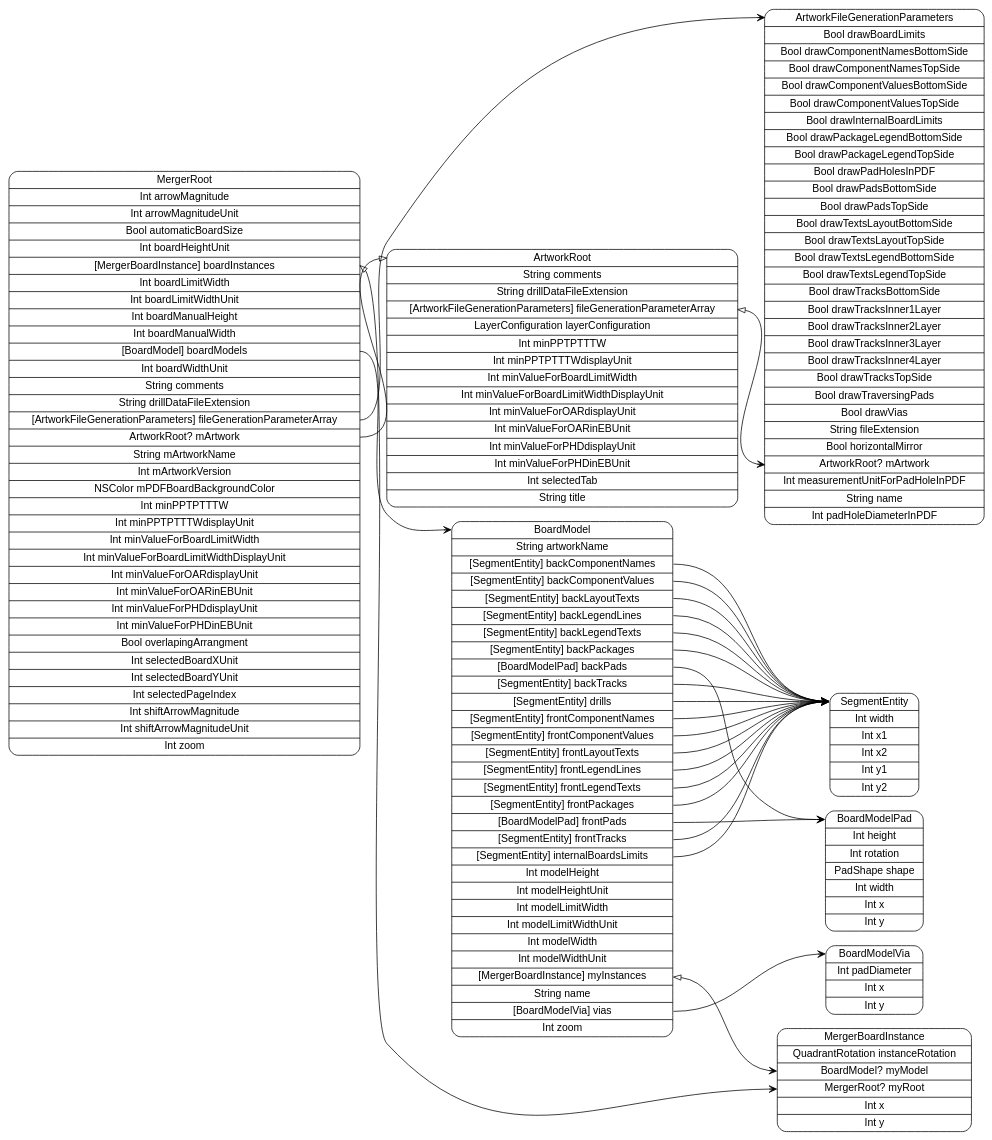
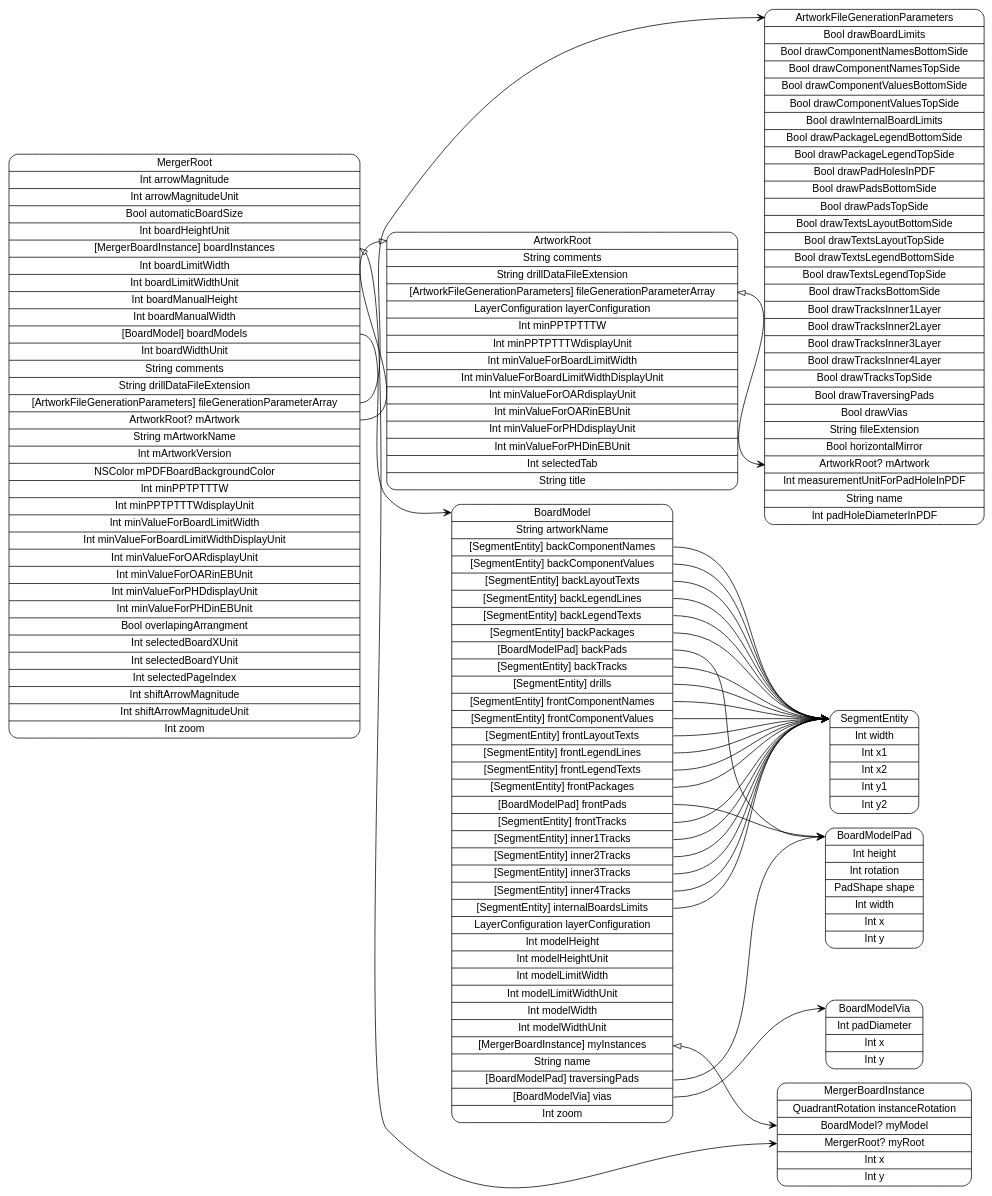
Before and after one commit to pierremolinaro/ElCanari-dev: the diagram in models/MergerRoot.dot, drawn with Graphviz. The commit also changed 26 other files, not shown here.

Commit message:
Début layout 2, 4, 6 dans merger

```diff
--- a/models/MergerRoot.dot
+++ b/models/MergerRoot.dot
@@ -1,37 +1,42 @@
 digraph G {
   rankdir=LR ;
   node [shape=record fontname=helvetica style=rounded] ;
   MergerRoot[label="<MergerRoot>MergerRoot|Int arrowMagnitude|Int arrowMagnitudeUnit|Bool automaticBoardSize|Int boardHeightUnit|<boardInstances>[MergerBoardInstance] boardInstances|Int boardLimitWidth|Int boardLimitWidthUnit|Int boardManualHeight|Int boardManualWidth|<boardModels>[BoardModel] boardModels|Int boardWidthUnit|String comments|String drillDataFileExtension|<fileGenerationParameterArray>[ArtworkFileGenerationParameters] fileGenerationParameterArray|<mArtwork>ArtworkRoot? mArtwork|String mArtworkName|Int mArtworkVersion|NSColor mPDFBoardBackgroundColor|Int minPPTPTTTW|Int minPPTPTTTWdisplayUnit|Int minValueForBoardLimitWidth|Int minValueForBoardLimitWidthDisplayUnit|Int minValueForOARdisplayUnit|Int minValueForOARinEBUnit|Int minValueForPHDdisplayUnit|Int minValueForPHDinEBUnit|Bool overlapingArrangment|Int selectedBoardXUnit|Int selectedBoardYUnit|Int selectedPageIndex|Int shiftArrowMagnitude|Int shiftArrowMagnitudeUnit|Int zoom"] ;
   ArtworkRoot[label="<ArtworkRoot>ArtworkRoot|String comments|String drillDataFileExtension|<fileGenerationParameterArray>[ArtworkFileGenerationParameters] fileGenerationParameterArray|LayerConfiguration layerConfiguration|Int minPPTPTTTW|Int minPPTPTTTWdisplayUnit|Int minValueForBoardLimitWidth|Int minValueForBoardLimitWidthDisplayUnit|Int minValueForOARdisplayUnit|Int minValueForOARinEBUnit|Int minValueForPHDdisplayUnit|Int minValueForPHDinEBUnit|Int selectedTab|String title"] ;
   ArtworkFileGenerationParameters[label="<ArtworkFileGenerationParameters>ArtworkFileGenerationParameters|Bool drawBoardLimits|Bool drawComponentNamesBottomSide|Bool drawComponentNamesTopSide|Bool drawComponentValuesBottomSide|Bool drawComponentValuesTopSide|Bool drawInternalBoardLimits|Bool drawPackageLegendBottomSide|Bool drawPackageLegendTopSide|Bool drawPadHolesInPDF|Bool drawPadsBottomSide|Bool drawPadsTopSide|Bool drawTextsLayoutBottomSide|Bool drawTextsLayoutTopSide|Bool drawTextsLegendBottomSide|Bool drawTextsLegendTopSide|Bool drawTracksBottomSide|Bool drawTracksInner1Layer|Bool drawTracksInner2Layer|Bool drawTracksInner3Layer|Bool drawTracksInner4Layer|Bool drawTracksTopSide|Bool drawTraversingPads|Bool drawVias|String fileExtension|Bool horizontalMirror|<mArtwork>ArtworkRoot? mArtwork|Int measurementUnitForPadHoleInPDF|String name|Int padHoleDiameterInPDF"] ;
-  BoardModel[label="<BoardModel>BoardModel|String artworkName|<backComponentNames>[SegmentEntity] backComponentNames|<backComponentValues>[SegmentEntity] backComponentValues|<backLayoutTexts>[SegmentEntity] backLayoutTexts|<backLegendLines>[SegmentEntity] backLegendLines|<backLegendTexts>[SegmentEntity] backLegendTexts|<backPackages>[SegmentEntity] backPackages|<backPads>[BoardModelPad] backPads|<backTracks>[SegmentEntity] backTracks|<drills>[SegmentEntity] drills|<frontComponentNames>[SegmentEntity] frontComponentNames|<frontComponentValues>[SegmentEntity] frontComponentValues|<frontLayoutTexts>[SegmentEntity] frontLayoutTexts|<frontLegendLines>[SegmentEntity] frontLegendLines|<frontLegendTexts>[SegmentEntity] frontLegendTexts|<frontPackages>[SegmentEntity] frontPackages|<frontPads>[BoardModelPad] frontPads|<frontTracks>[SegmentEntity] frontTracks|<internalBoardsLimits>[SegmentEntity] internalBoardsLimits|Int modelHeight|Int modelHeightUnit|Int modelLimitWidth|Int modelLimitWidthUnit|Int modelWidth|Int modelWidthUnit|<myInstances>[MergerBoardInstance] myInstances|String name|<vias>[BoardModelVia] vias|Int zoom"] ;
+  BoardModel[label="<BoardModel>BoardModel|String artworkName|<backComponentNames>[SegmentEntity] backComponentNames|<backComponentValues>[SegmentEntity] backComponentValues|<backLayoutTexts>[SegmentEntity] backLayoutTexts|<backLegendLines>[SegmentEntity] backLegendLines|<backLegendTexts>[SegmentEntity] backLegendTexts|<backPackages>[SegmentEntity] backPackages|<backPads>[BoardModelPad] backPads|<backTracks>[SegmentEntity] backTracks|<drills>[SegmentEntity] drills|<frontComponentNames>[SegmentEntity] frontComponentNames|<frontComponentValues>[SegmentEntity] frontComponentValues|<frontLayoutTexts>[SegmentEntity] frontLayoutTexts|<frontLegendLines>[SegmentEntity] frontLegendLines|<frontLegendTexts>[SegmentEntity] frontLegendTexts|<frontPackages>[SegmentEntity] frontPackages|<frontPads>[BoardModelPad] frontPads|<frontTracks>[SegmentEntity] frontTracks|<inner1Tracks>[SegmentEntity] inner1Tracks|<inner2Tracks>[SegmentEntity] inner2Tracks|<inner3Tracks>[SegmentEntity] inner3Tracks|<inner4Tracks>[SegmentEntity] inner4Tracks|<internalBoardsLimits>[SegmentEntity] internalBoardsLimits|LayerConfiguration layerConfiguration|Int modelHeight|Int modelHeightUnit|Int modelLimitWidth|Int modelLimitWidthUnit|Int modelWidth|Int modelWidthUnit|<myInstances>[MergerBoardInstance] myInstances|String name|<traversingPads>[BoardModelPad] traversingPads|<vias>[BoardModelVia] vias|Int zoom"] ;
   BoardModelVia[label="<BoardModelVia>BoardModelVia|Int padDiameter|Int x|Int y"] ;
   BoardModelPad[label="<BoardModelPad>BoardModelPad|Int height|Int rotation|PadShape shape|Int width|Int x|Int y"] ;
   SegmentEntity[label="<SegmentEntity>SegmentEntity|Int width|Int x1|Int x2|Int y1|Int y2"] ;
   MergerBoardInstance[label="<MergerBoardInstance>MergerBoardInstance|QuadrantRotation instanceRotation|<myModel>BoardModel? myModel|<myRoot>MergerRoot? myRoot|Int x|Int y"] ;
   MergerRoot:boardInstances -> MergerBoardInstance:myRoot [dir=both arrowtail=onormal arrowhead=vee] ;
   MergerRoot:boardModels -> BoardModel:BoardModel [dir=both arrowtail=none arrowhead=vee] ;
   MergerRoot:fileGenerationParameterArray -> ArtworkFileGenerationParameters:ArtworkFileGenerationParameters [dir=both arrowtail=none arrowhead=vee] ;
   MergerRoot:mArtwork -> ArtworkRoot:ArtworkRoot [dir=both arrowtail=none arrowhead=onormal] ;
   ArtworkRoot:fileGenerationParameterArray -> ArtworkFileGenerationParameters:mArtwork [dir=both arrowtail=onormal arrowhead=vee] ;
   BoardModel:backComponentNames -> SegmentEntity:SegmentEntity [dir=both arrowtail=none arrowhead=vee] ;
   BoardModel:backComponentValues -> SegmentEntity:SegmentEntity [dir=both arrowtail=none arrowhead=vee] ;
   BoardModel:backLayoutTexts -> SegmentEntity:SegmentEntity [dir=both arrowtail=none arrowhead=vee] ;
   BoardModel:backLegendLines -> SegmentEntity:SegmentEntity [dir=both arrowtail=none arrowhead=vee] ;
   BoardModel:backLegendTexts -> SegmentEntity:SegmentEntity [dir=both arrowtail=none arrowhead=vee] ;
   BoardModel:backPackages -> SegmentEntity:SegmentEntity [dir=both arrowtail=none arrowhead=vee] ;
   BoardModel:backPads -> BoardModelPad:BoardModelPad [dir=both arrowtail=none arrowhead=vee] ;
   BoardModel:backTracks -> SegmentEntity:SegmentEntity [dir=both arrowtail=none arrowhead=vee] ;
   BoardModel:drills -> SegmentEntity:SegmentEntity [dir=both arrowtail=none arrowhead=vee] ;
   BoardModel:frontComponentNames -> SegmentEntity:SegmentEntity [dir=both arrowtail=none arrowhead=vee] ;
   BoardModel:frontComponentValues -> SegmentEntity:SegmentEntity [dir=both arrowtail=none arrowhead=vee] ;
   BoardModel:frontLayoutTexts -> SegmentEntity:SegmentEntity [dir=both arrowtail=none arrowhead=vee] ;
   BoardModel:frontLegendLines -> SegmentEntity:SegmentEntity [dir=both arrowtail=none arrowhead=vee] ;
   BoardModel:frontLegendTexts -> SegmentEntity:SegmentEntity [dir=both arrowtail=none arrowhead=vee] ;
   BoardModel:frontPackages -> SegmentEntity:SegmentEntity [dir=both arrowtail=none arrowhead=vee] ;
   BoardModel:frontPads -> BoardModelPad:BoardModelPad [dir=both arrowtail=none arrowhead=vee] ;
   BoardModel:frontTracks -> SegmentEntity:SegmentEntity [dir=both arrowtail=none arrowhead=vee] ;
+  BoardModel:inner1Tracks -> SegmentEntity:SegmentEntity [dir=both arrowtail=none arrowhead=vee] ;
+  BoardModel:inner2Tracks -> SegmentEntity:SegmentEntity [dir=both arrowtail=none arrowhead=vee] ;
+  BoardModel:inner3Tracks -> SegmentEntity:SegmentEntity [dir=both arrowtail=none arrowhead=vee] ;
+  BoardModel:inner4Tracks -> SegmentEntity:SegmentEntity [dir=both arrowtail=none arrowhead=vee] ;
   BoardModel:internalBoardsLimits -> SegmentEntity:SegmentEntity [dir=both arrowtail=none arrowhead=vee] ;
   BoardModel:myInstances -> MergerBoardInstance:myModel [dir=both arrowtail=onormal arrowhead=vee] ;
+  BoardModel:traversingPads -> BoardModelPad:BoardModelPad [dir=both arrowtail=none arrowhead=vee] ;
   BoardModel:vias -> BoardModelVia:BoardModelVia [dir=both arrowtail=none arrowhead=vee] ;
 }
```
